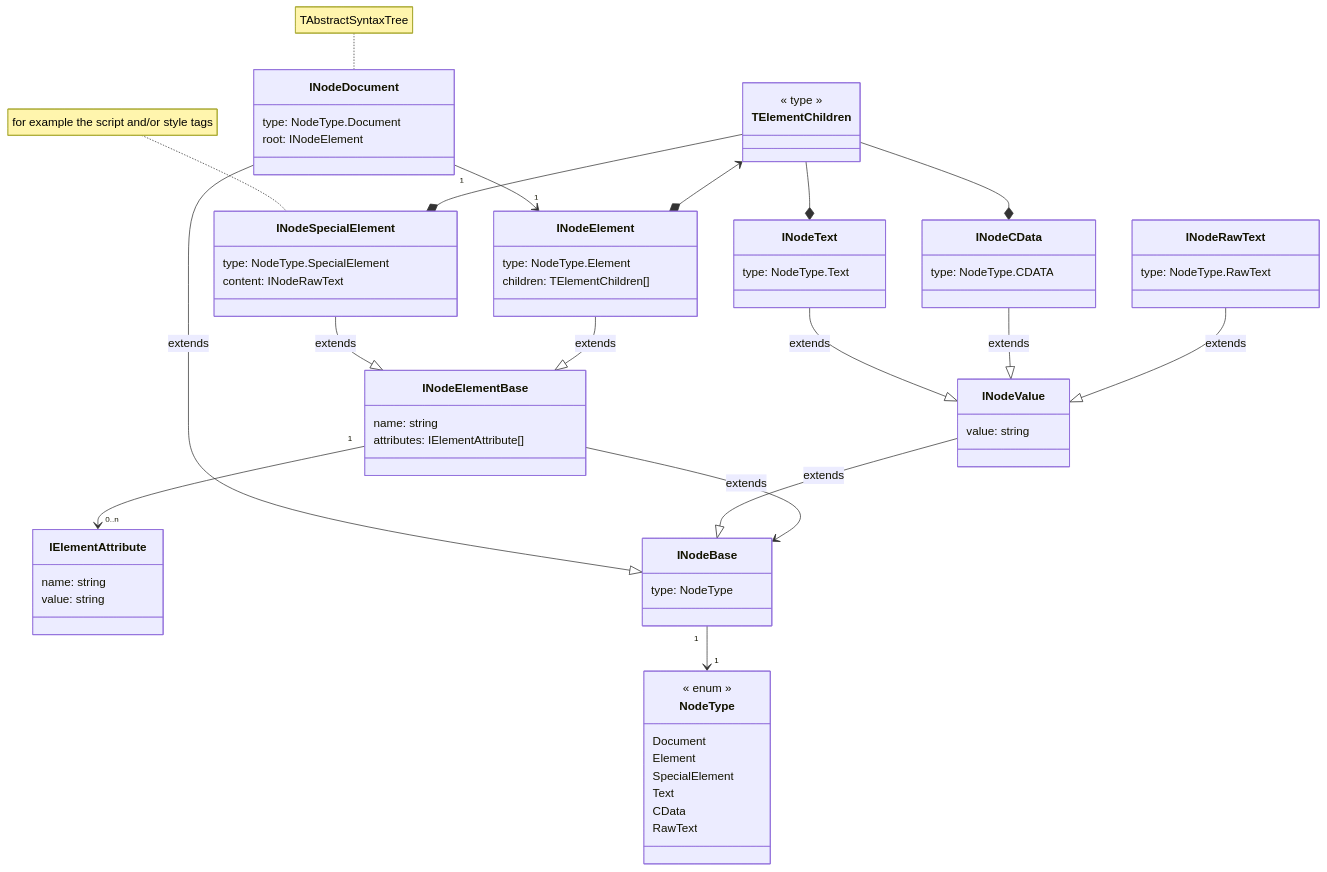
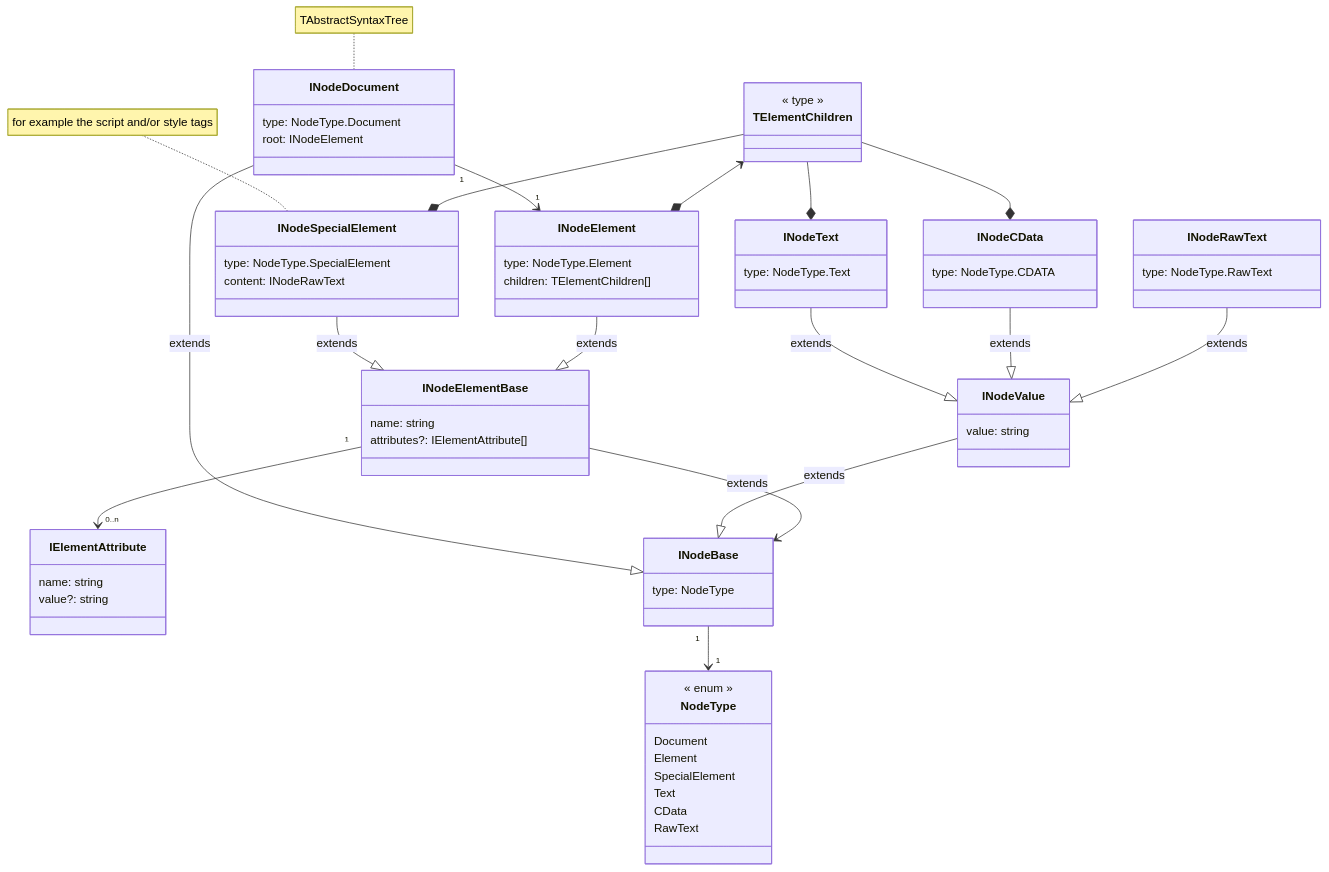
Before and after one commit to erkobridee/ds-ast: the diagram in implementations/ts-parser-xml/README.md, drawn with Mermaid.

Commit message:
update( ts-parser-xml): docs

```diff
--- a/implementations/ts-parser-xml/README.md
+++ b/implementations/ts-parser-xml/README.md
@@ -150,12 +150,12 @@
 
 class IElementAttribute {
     name: string
-    value: string
+    value?: string
 }
 
 class INodeElementBase {
     name: string
-    attributes: IElementAttribute[]
+    attributes?: IElementAttribute[]
 }
 
 class INodeSpecialElement {
```
